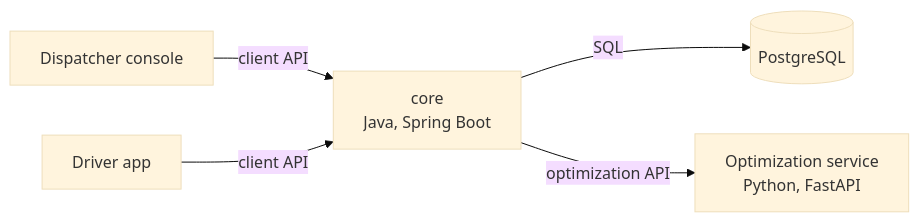
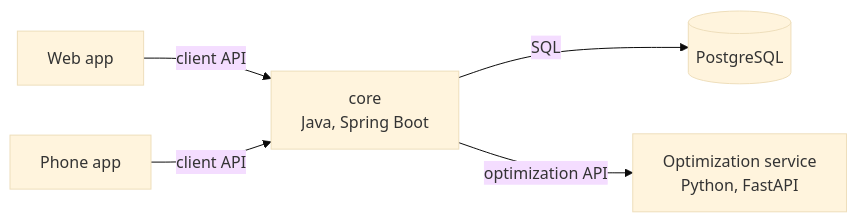
One commit to NaimElijah/DispatchFlow changed the diagram in docs/ADRs/ADR-002-core-backend-and-separate-optimization-service.md. Above: the diagram before and after it, drawn with Mermaid (base theme). The commit also changed other lines of this file and 744 other files, not shown here.

````diff
--- a/docs/ADRs/ADR-002-core-backend-and-separate-optimization-service.md
+++ b/docs/ADRs/ADR-002-core-backend-and-separate-optimization-service.md
@@ -44,7 +44,7 @@
 ```mermaid
 flowchart LR
-    console["Dispatcher console"] -->|"client API"| core["core<br/>Java, Spring Boot"]
-    driver["Driver app"] -->|"client API"| core
+    web["Web app"] -->|"client API"| core["core<br/>Java, Spring Boot"]
+    mobile["Phone app"] -->|"client API"| core
     core -->|"SQL"| db[("PostgreSQL")]
-    core -->|"optimization API"| solver["Optimization service<br/>Python, FastAPI"]
+    core -->|"optimization API"| optimizer["Optimization service<br/>Python, FastAPI"]
 ```
````
